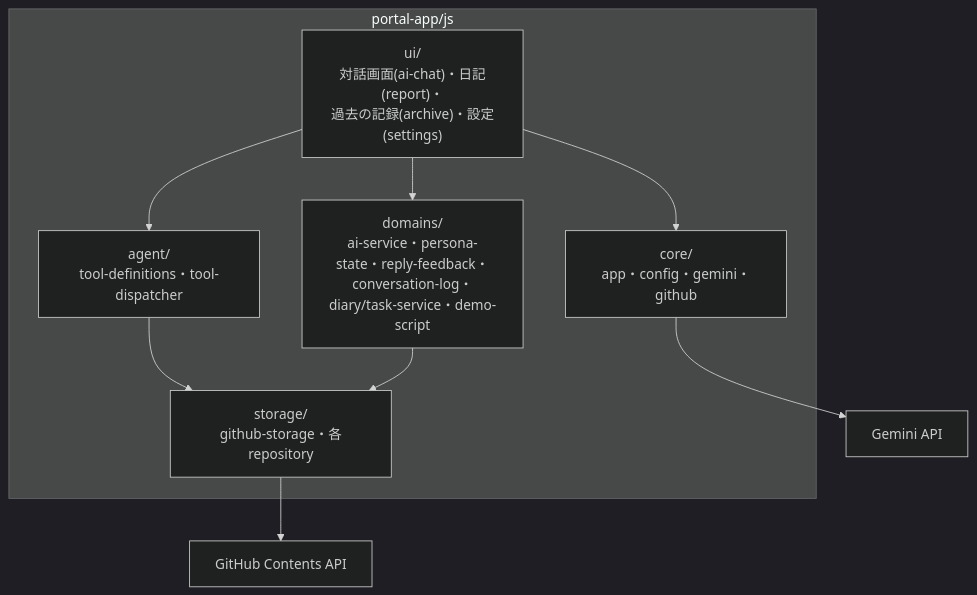
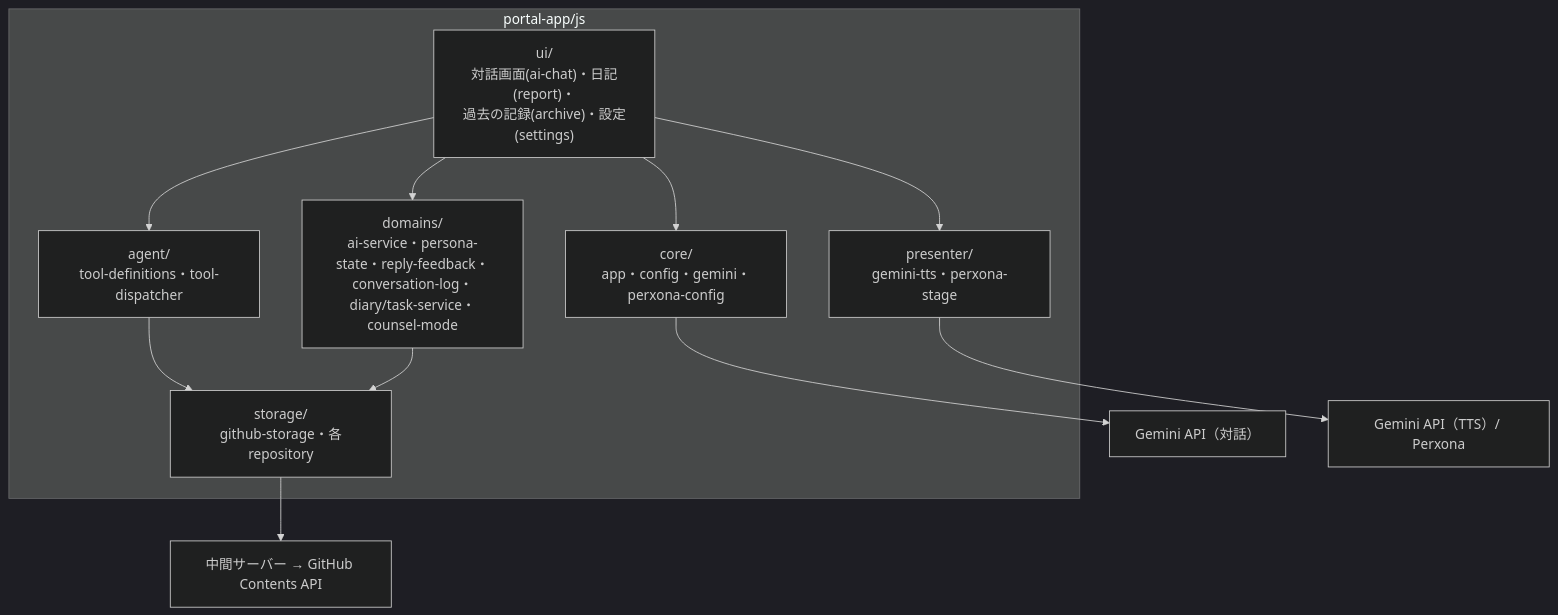
One commit to kabotyabon/my-portal changed the second of 2 diagrams in docs/architecture/README.md. Above: the diagram before and after it, drawn with Mermaid (dark theme). The commit also changed other lines of this file and 3 other files, not shown here.

First line of the commit message:
docs: 全体図を現構成に更新し、Gemini TTS の仕組みの解説を追加

````diff
--- a/docs/architecture/README.md
+++ b/docs/architecture/README.md
@@ -18,17 +24,20 @@
 ```mermaid
 graph TD
   subgraph app ["portal-app/js"]
     UI["ui/<br>対話画面(ai-chat)・日記(report)・<br>過去の記録(archive)・設定(settings)"]
-    DM["domains/<br>ai-service・persona-state・reply-feedback・<br>conversation-log・diary/task-service・demo-script"]
+    DM["domains/<br>ai-service・persona-state・reply-feedback・<br>conversation-log・diary/task-service・counsel-mode"]
     AG["agent/<br>tool-definitions・tool-dispatcher"]
-    CO["core/<br>app・config・gemini・github"]
+    CO["core/<br>app・config・gemini・perxona-config"]
+    PR["presenter/<br>gemini-tts・perxona-stage"]
     ST["storage/<br>github-storage・各repository"]
     UI --> DM
     UI --> AG
     AG --> ST
     DM --> ST
     UI --> CO
+    UI --> PR
   end
-  ST --> API["GitHub Contents API"]
-  CO --> GEM["Gemini API"]
+  ST --> API["中間サーバー → GitHub Contents API"]
+  CO --> GEM["Gemini API（対話）"]
+  PR --> TTS["Gemini API（TTS）/ Perxona"]
 ```
````
